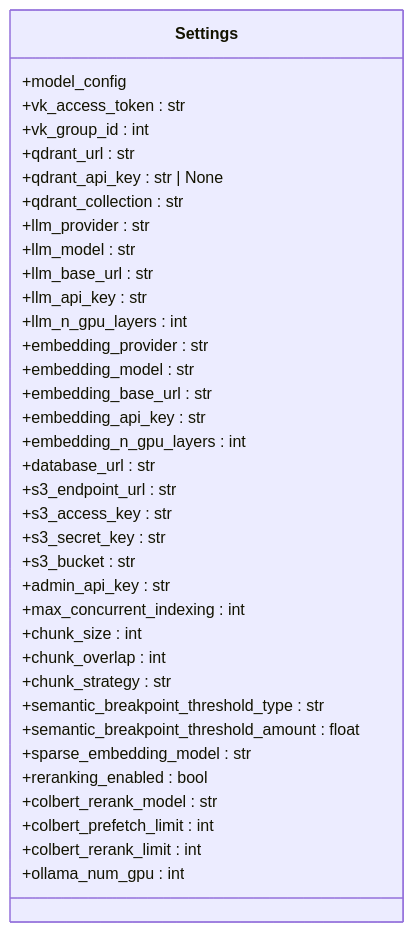
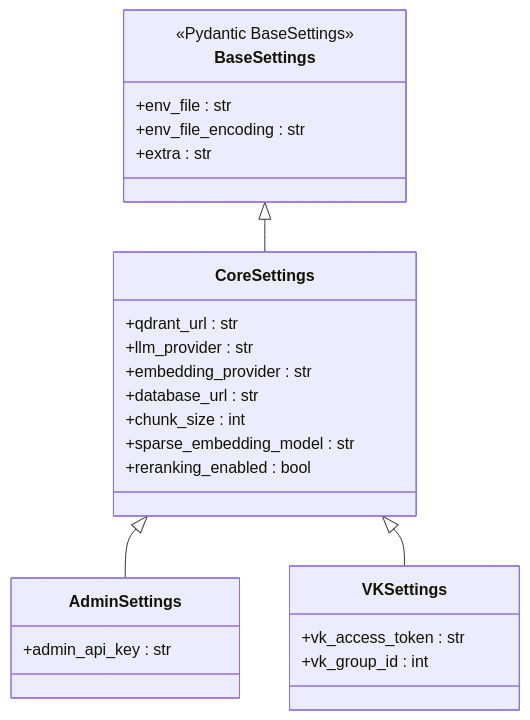
The second of 3 diagrams in .qoder/repowiki/en/content/Configuration Management.md (ognelis/cafetera_hr_bot), drawn with Mermaid before and after one commit. The commit also changed other lines of this file and 139 other files, not shown here.

````diff
--- a/.qoder/repowiki/en/content/Configuration Management.md
+++ b/.qoder/repowiki/en/content/Configuration Management.md
@@ -312,39 +152,28 @@
 ```mermaid
 classDiagram
-class Settings {
-+model_config
+class BaseSettings {
+<<Pydantic BaseSettings>>
++env_file : str
++env_file_encoding : str
++extra : str
+}
+class CoreSettings {
++qdrant_url : str
++llm_provider : str
++embedding_provider : str
++database_url : str
++chunk_size : int
++sparse_embedding_model : str
++reranking_enabled : bool
+}
+class AdminSettings {
++admin_api_key : str
+}
+class VKSettings {
 +vk_access_token : str
 +vk_group_id : int
-+qdrant_url : str
-+qdrant_api_key : str | None
-+qdrant_collection : str
-+llm_provider : str
-+llm_model : str
-+llm_base_url : str
-+llm_api_key : str
-+llm_n_gpu_layers : int
-+embedding_provider : str
-+embedding_model : str
-+embedding_base_url : str
-+embedding_api_key : str
-+embedding_n_gpu_layers : int
-+database_url : str
-+s3_endpoint_url : str
-+s3_access_key : str
-+s3_secret_key : str
-+s3_bucket : str
-+admin_api_key : str
-+max_concurrent_indexing : int
-+chunk_size : int
-+chunk_overlap : int
-+chunk_strategy : str
-+semantic_breakpoint_threshold_type : str
-+semantic_breakpoint_threshold_amount : float
-+sparse_embedding_model : str
-+reranking_enabled : bool
-+colbert_rerank_model : str
-+colbert_prefetch_limit : int
-+colbert_rerank_limit : int
-+ollama_num_gpu : int
 }
+BaseSettings <|-- CoreSettings
+CoreSettings <|-- AdminSettings
+CoreSettings <|-- VKSettings
 ```
````
